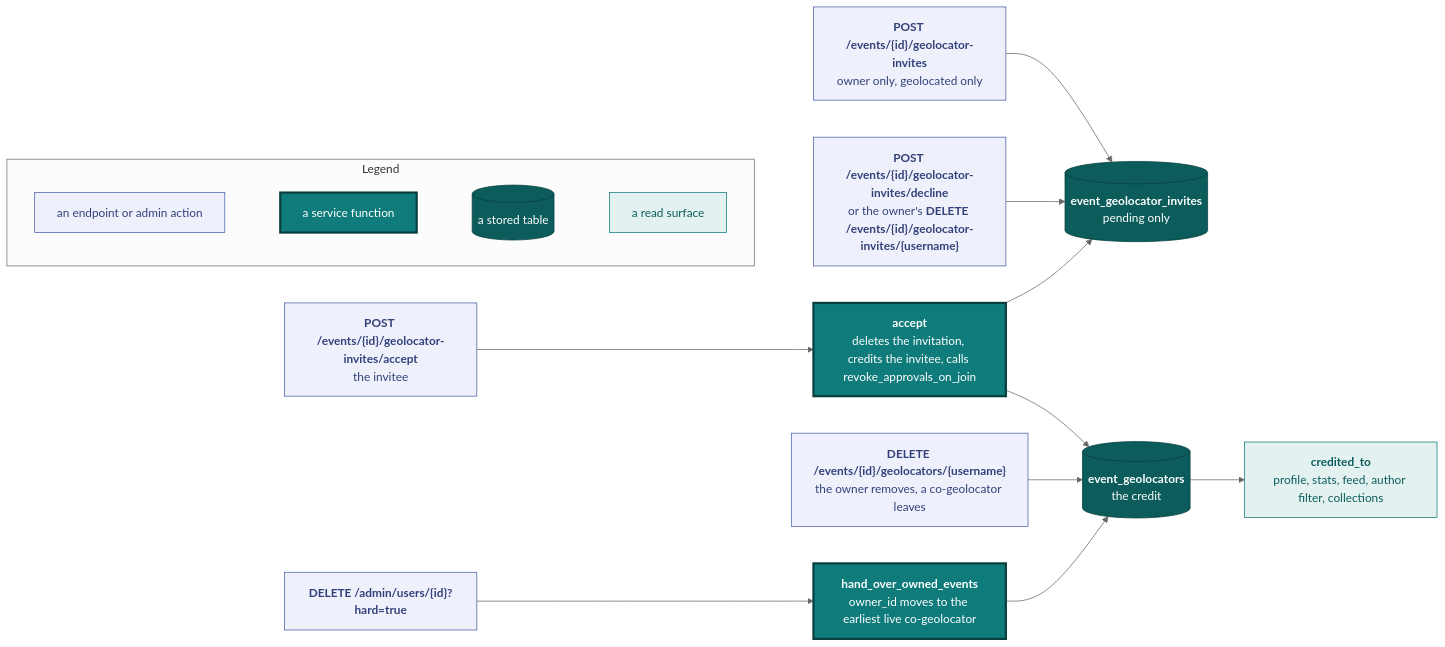
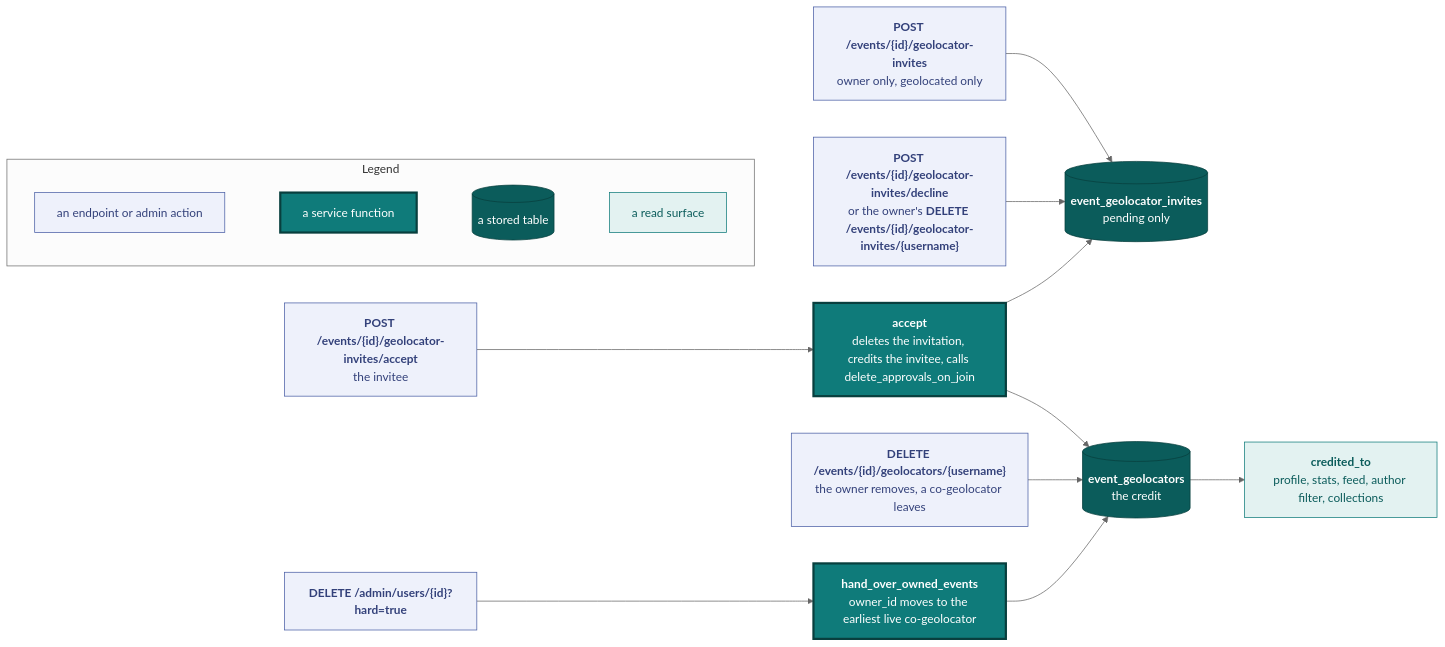
The third of 8 diagrams in docs/api.md (vidithq/vidit), drawn with Mermaid (neutral theme) before and after one commit. The commit also changed other lines of this file and 5 other files, not shown here.

````diff
--- a/docs/api.md
+++ b/docs/api.md
@@ -1312,46 +1285,46 @@
 ```mermaid
 flowchart LR
   classDef spec fill:#eef1fb,stroke:#4a5fa5,color:#33417a
   classDef core fill:#0f7b7a,stroke:#083f3e,stroke-width:3px,color:#ffffff
   classDef store fill:#0b5c5b,stroke:#083f3e,color:#ffffff
   classDef shared fill:#e3f2f1,stroke:#0f7b7a,color:#0b5c5b
 
   subgraph legend [Legend]
     direction LR
     l1["`an endpoint or admin action`"]:::spec
     l2["`a service function`"]:::core
     l3[("`a stored table`")]:::store
     l4["`a read surface`"]:::shared
     l1 ~~~ l2 ~~~ l3 ~~~ l4
   end
 
   invite["`**POST /events/{id}/geolocator-invites**
   owner only, geolocated only`"]:::spec
   answer["`**POST /events/{id}/geolocator-invites/accept**
   the invitee`"]:::spec
   drop["`**POST /events/{id}/geolocator-invites/decline**
   or the owner's **DELETE /events/{id}/geolocator-invites/{username}**`"]:::spec
   remove["`**DELETE /events/{id}/geolocators/{username}**
   the owner removes, a co-geolocator leaves`"]:::spec
   erase["`**DELETE /admin/users/{id}?hard=true**`"]:::spec
   accept["`**accept**
-  deletes the invitation, credits the invitee, calls revoke_approvals_on_join`"]:::core
+  deletes the invitation, credits the invitee, calls delete_approvals_on_join`"]:::core
   handover["`**hand_over_owned_events**
   owner_id moves to the earliest live co-geolocator`"]:::core
   invites[("`**event_geolocator_invites**
   pending only`")]:::store
   credits[("`**event_geolocators**
   the credit`")]:::store
   credited["`**credited_to**
   profile, stats, feed, author filter, collections`"]:::shared
 
   invite --> invites
   drop --> invites
   answer --> accept
   accept --> invites
   accept --> credits
   remove --> credits
   erase --> handover
   handover --> credits
   credits --> credited
 ```
````
